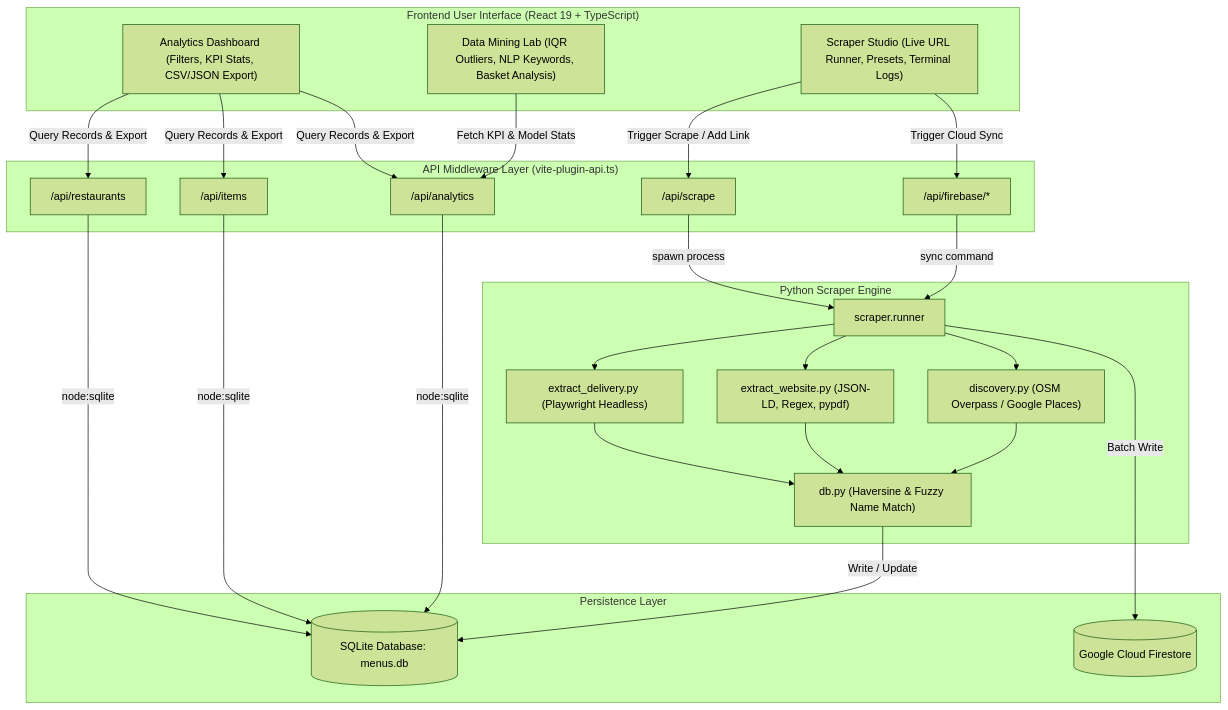
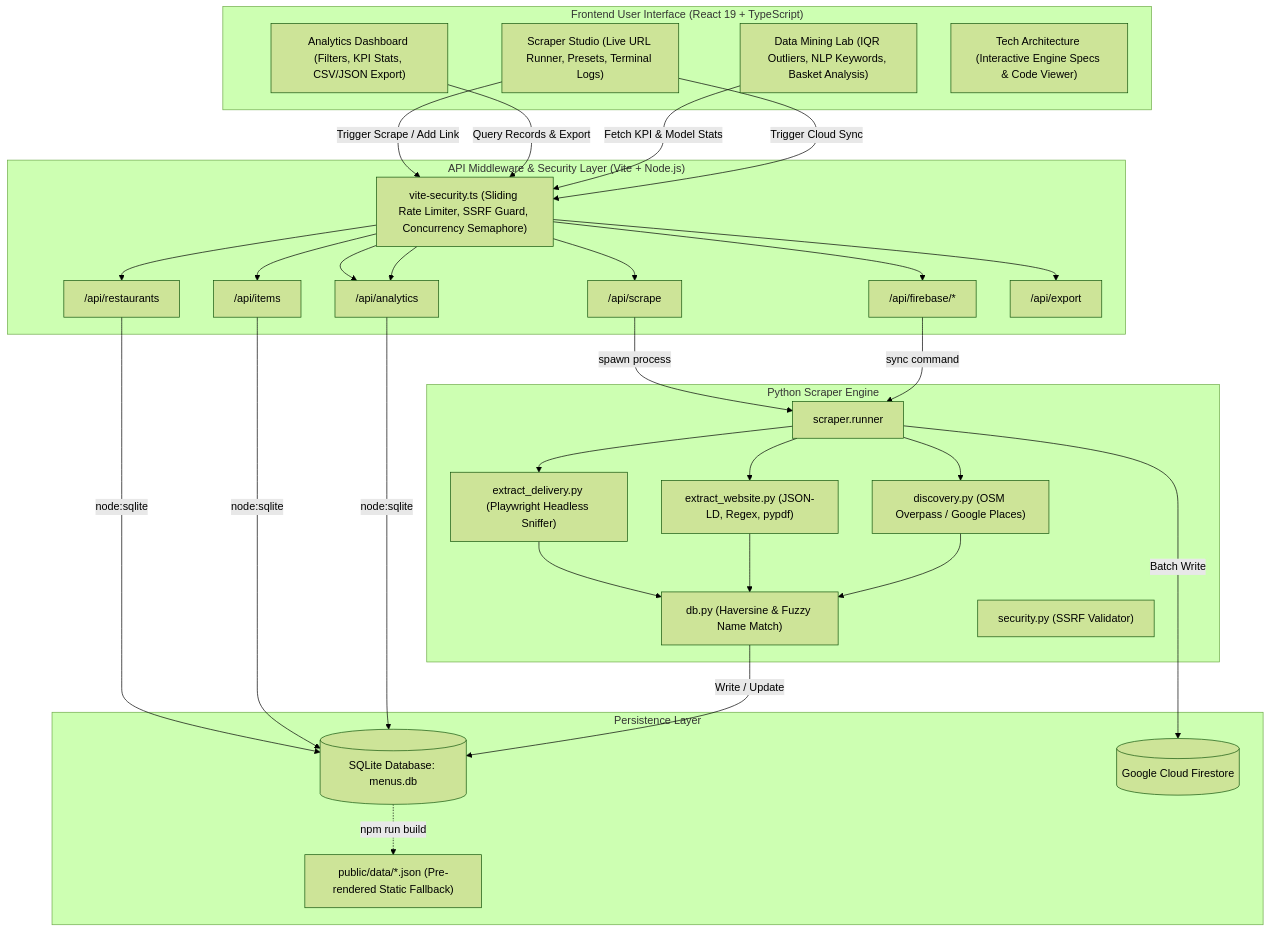
Before and after one commit to ElXprogramming/Grabfood-Data-Scraper: the diagram in README.md, drawn with Mermaid (forest theme). The commit also changed other lines of this file and 2 other files, not shown here.

````diff
--- a/README.md
+++ b/README.md
@@ -725,43 +847,49 @@
 ```mermaid
 flowchart TD
     subgraph UI ["Frontend User Interface (React 19 + TypeScript)"]
         SS["Scraper Studio (Live URL Runner, Presets, Terminal Logs)"]
         AD["Analytics Dashboard (Filters, KPI Stats, CSV/JSON Export)"]
         DM["Data Mining Lab (IQR Outliers, NLP Keywords, Basket Analysis)"]
+        TA["Tech Architecture (Interactive Engine Specs & Code Viewer)"]
     end
 
-    subgraph API ["API Middleware Layer (vite-plugin-api.ts)"]
+    subgraph API ["API Middleware & Security Layer (Vite + Node.js)"]
+        SEC["vite-security.ts (Sliding Rate Limiter, SSRF Guard, Concurrency Semaphore)"]
         R_API["/api/restaurants"]
         I_API["/api/items"]
         A_API["/api/analytics"]
         S_API["/api/scrape"]
         F_API["/api/firebase/*"]
+        E_API["/api/export"]
     end
 
     subgraph WORKER ["Python Scraper Engine"]
         RUNNER["scraper.runner"]
-        DELIVERY["extract_delivery.py (Playwright Headless)"]
+        DELIVERY["extract_delivery.py (Playwright Headless Sniffer)"]
         WEBSITE["extract_website.py (JSON-LD, Regex, pypdf)"]
         DISCOVERY["discovery.py (OSM Overpass / Google Places)"]
         DEDUP["db.py (Haversine & Fuzzy Name Match)"]
+        PSEC["security.py (SSRF Validator)"]
     end
 
     subgraph STORAGE ["Persistence Layer"]
         SQLITE[("SQLite Database: menus.db")]
         FIRESTORE[("Google Cloud Firestore")]
+        STATIC["public/data/*.json (Pre-rendered Static Fallback)"]
     end
 
-    SS -->|Trigger Scrape / Add Link| S_API
-    AD -->|Query Records & Export| R_API & I_API & A_API
-    DM -->|Fetch KPI & Model Stats| A_API
-    SS -->|Trigger Cloud Sync| F_API
+    SS -->|Trigger Scrape / Add Link| SEC --> S_API
+    AD -->|Query Records & Export| SEC --> R_API & I_API & A_API & E_API
+    DM -->|Fetch KPI & Model Stats| SEC --> A_API
+    SS -->|Trigger Cloud Sync| SEC --> F_API
 
     S_API -->|spawn process| RUNNER
     F_API -->|sync command| RUNNER
     R_API & I_API & A_API -->|node:sqlite| SQLITE
 
     RUNNER --> DELIVERY & WEBSITE & DISCOVERY
     DELIVERY & WEBSITE & DISCOVERY --> DEDUP
     DEDUP -->|Write / Update| SQLITE
     RUNNER -->|Batch Write| FIRESTORE
+    SQLITE -.->|npm run build| STATIC
 ```
````
